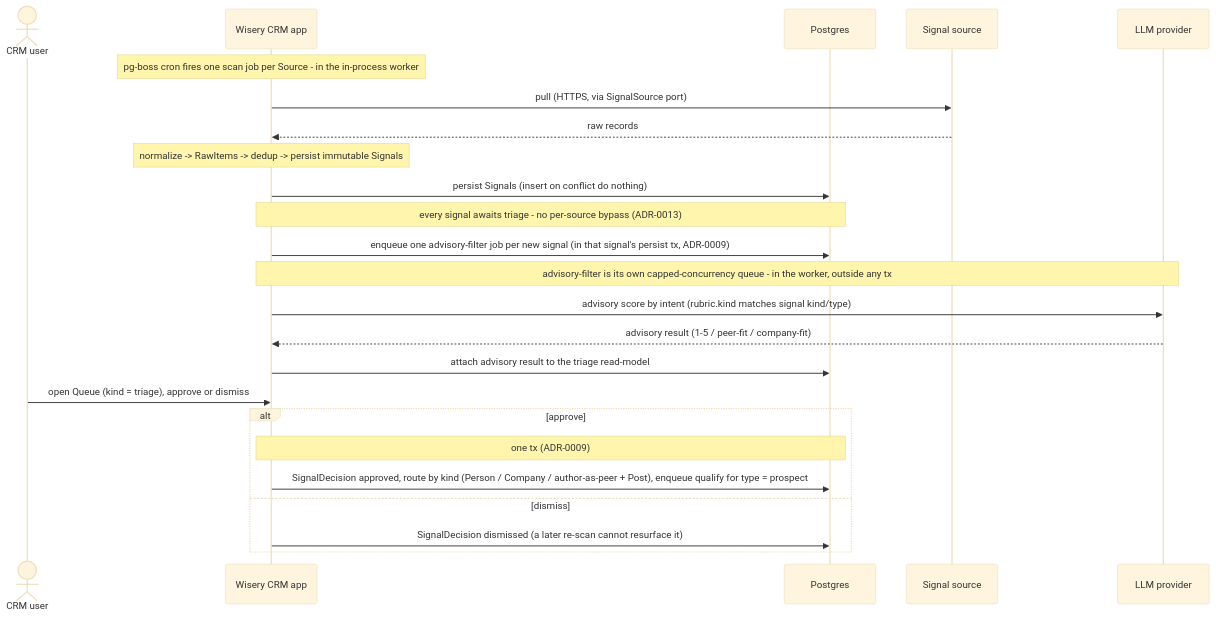
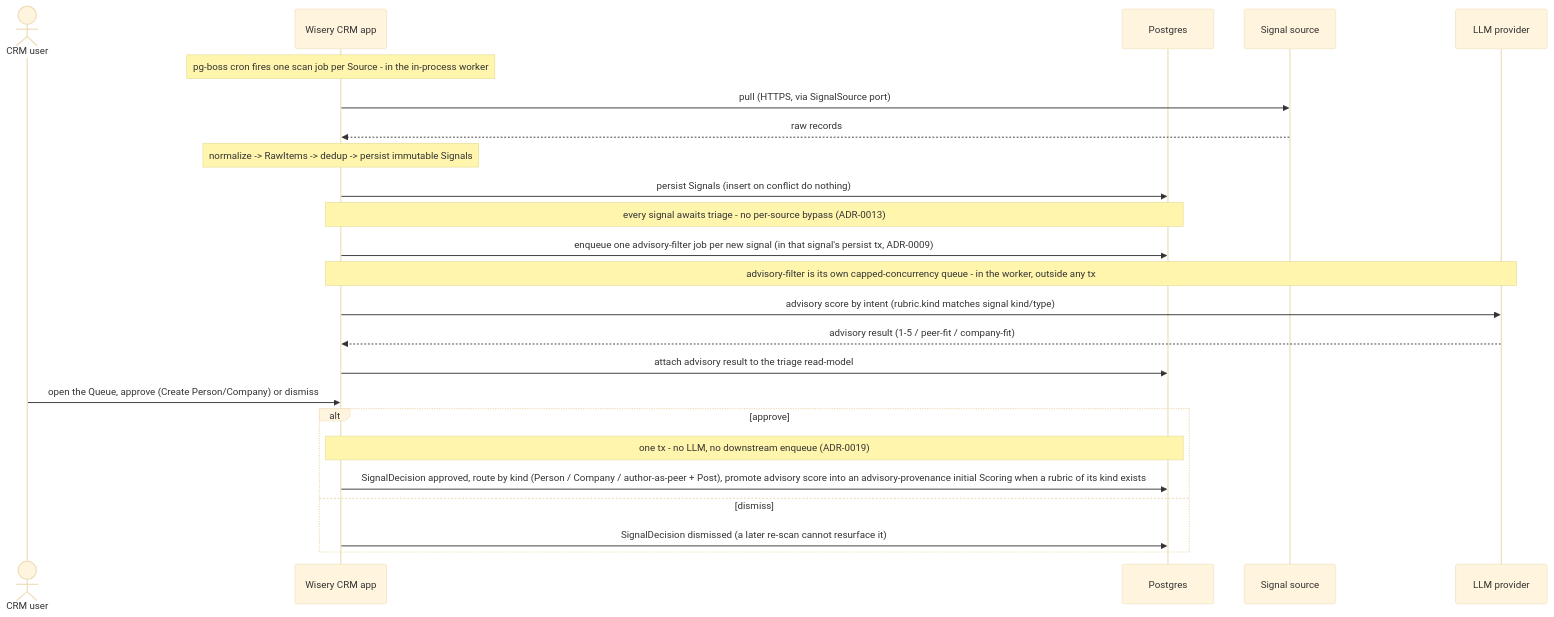
The fifth of 10 diagrams in docs/architecture/system-design.md (m-ratnikov/wisery-crm), drawn with Mermaid (base theme) before and after one commit. The commit also changed other lines of this file and 20 other files, not shown here.

First line of the commit message:
Land engagement-rework architecture (ADR-0019..0021) into canon

````diff
--- a/docs/architecture/system-design.md
+++ b/docs/architecture/system-design.md
@@ -184,27 +175,27 @@
 ```mermaid
 sequenceDiagram
     actor U as CRM user
     participant App as Wisery CRM app
     participant DB as Postgres
     participant SRC as Signal source
     participant LLM as LLM provider
 
     Note over App: pg-boss cron fires one scan job per Source - in the in-process worker
     App->>SRC: pull (HTTPS, via SignalSource port)
     SRC-->>App: raw records
     Note over App: normalize -> RawItems -> dedup -> persist immutable Signals
     App->>DB: persist Signals (insert on conflict do nothing)
     Note over App,DB: every signal awaits triage - no per-source bypass (ADR-0013)
     App->>DB: enqueue one advisory-filter job per new signal (in that signal's persist tx, ADR-0009)
     Note over App,LLM: advisory-filter is its own capped-concurrency queue - in the worker, outside any tx
     App->>LLM: advisory score by intent (rubric.kind matches signal kind/type)
     LLM-->>App: advisory result (1-5 / peer-fit / company-fit)
     App->>DB: attach advisory result to the triage read-model
-    U->>App: open Queue (kind = triage), approve or dismiss
+    U->>App: open the Queue, approve (Create Person/Company) or dismiss
     alt approve
-        Note over App,DB: one tx (ADR-0009)
-        App->>DB: SignalDecision approved, route by kind (Person / Company / author-as-peer + Post), enqueue qualify for type = prospect
+        Note over App,DB: one tx - no LLM, no downstream enqueue (ADR-0019)
+        App->>DB: SignalDecision approved, route by kind (Person / Company / author-as-peer + Post), promote advisory score into an advisory-provenance initial Scoring when a rubric of its kind exists
     else dismiss
         App->>DB: SignalDecision dismissed (a later re-scan cannot resurface it)
     end
 ```
````
